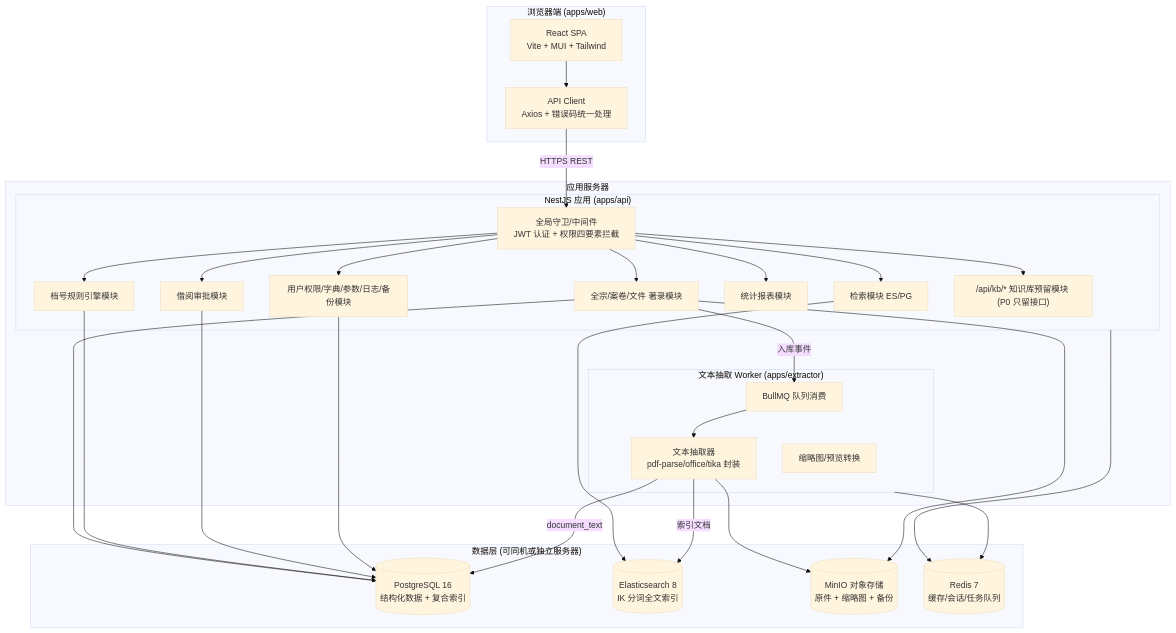
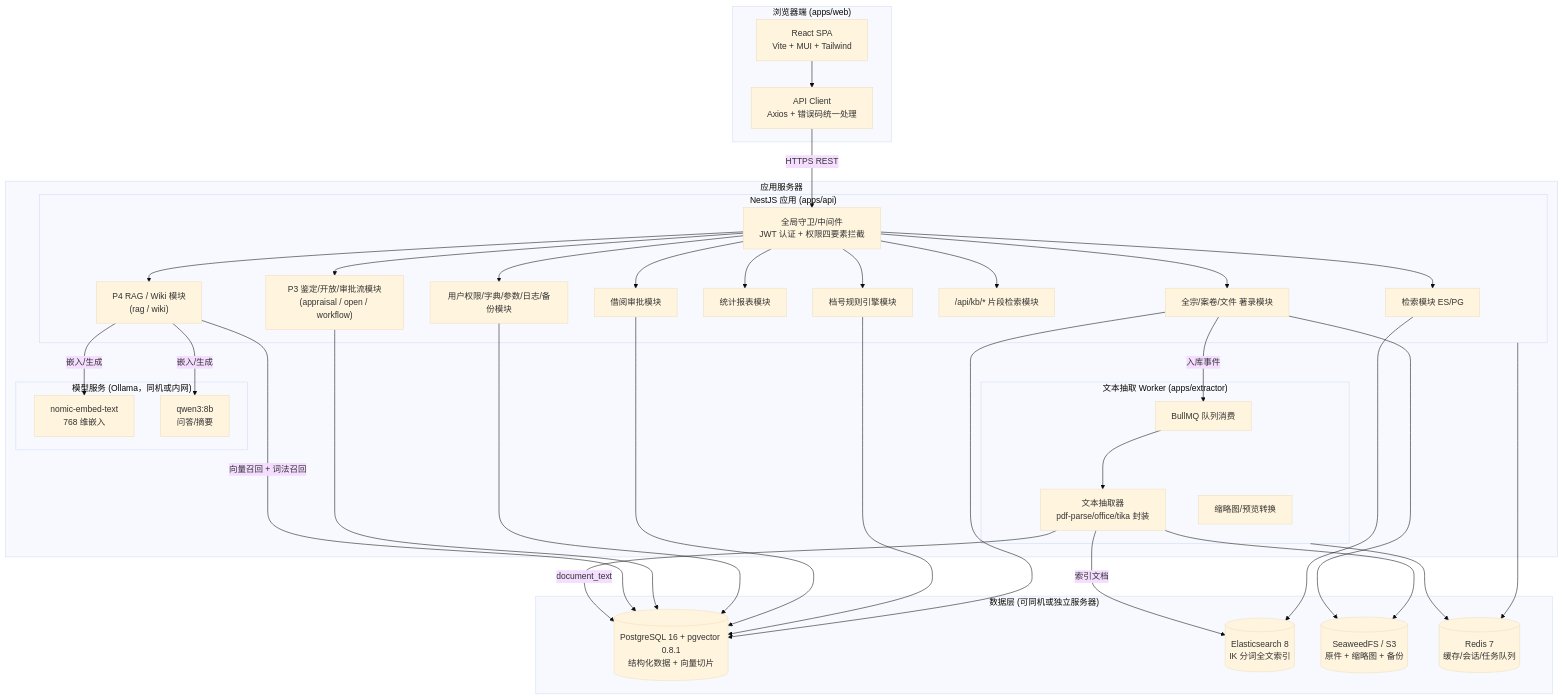
One commit to laowangtou457/TianjiArchive changed the first of 7 diagrams in docs/系统架构设计.md. Above: the diagram before and after it, drawn with Mermaid (base theme). The commit also changed other lines of this file and 12 other files, not shown here.

````diff
--- a/docs/系统架构设计.md
+++ b/docs/系统架构设计.md
@@ -12,44 +12,52 @@
 ```mermaid
 flowchart TB
     subgraph Client["浏览器端 (apps/web)"]
         UI[React SPA<br/>Vite + MUI + Tailwind]
         SDK[API Client<br/>Axios + 错误码统一处理]
     end
 
     subgraph AppServer["应用服务器"]
         subgraph API["NestJS 应用 (apps/api)"]
             GW[全局守卫/中间件<br/>JWT 认证 + 权限四要素拦截]
             MOD1[全宗/案卷/文件 著录模块]
             MOD2[档号规则引擎模块]
             MOD3[检索模块 ES/PG]
             MOD4[借阅审批模块]
             MOD5[统计报表模块]
             MOD6[用户权限/字典/参数/日志/备份模块]
-            MOD7["/api/kb/* 知识库预留模块 (P0 只留接口)"]
+            MOD7["/api/kb/* 片段检索模块"]
+            MOD8["P3 鉴定/开放/审批流模块<br/>(appraisal / open / workflow)"]
+            MOD9["P4 RAG / Wiki 模块<br/>(rag / wiki)"]
         end
         subgraph Worker["文本抽取 Worker (apps/extractor)"]
             Q[BullMQ 队列消费]
             EXT[文本抽取器<br/>pdf-parse/office/tika 封装]
             THUMB[缩略图/预览转换]
         end
+        subgraph AI["模型服务 (Ollama，同机或内网)"]
+            EMB[nomic-embed-text<br/>768 维嵌入]
+            LLM[qwen3:8b<br/>问答/摘要]
+        end
     end
 
     subgraph DataServer["数据层 (可同机或独立服务器)"]
-        PG[(PostgreSQL 16<br/>结构化数据 + 复合索引)]
+        PG[(PostgreSQL 16 + pgvector 0.8.1<br/>结构化数据 + 向量切片)]
         ES[(Elasticsearch 8<br/>IK 分词全文索引)]
-        MINIO[(MinIO 对象存储<br/>原件 + 缩略图 + 备份)]
+        MINIO[(SeaweedFS / S3<br/>原件 + 缩略图 + 备份)]
         REDIS[(Redis 7<br/>缓存/会话/任务队列)]
     end
 
     UI --> SDK -->|HTTPS REST| GW
-    GW --> MOD1 & MOD2 & MOD3 & MOD4 & MOD5 & MOD6 & MOD7
-    MOD1 & MOD2 & MOD4 & MOD6 --> PG
+    GW --> MOD1 & MOD2 & MOD3 & MOD4 & MOD5 & MOD6 & MOD7 & MOD8 & MOD9
+    MOD1 & MOD2 & MOD4 & MOD6 & MOD8 --> PG
     MOD3 --> ES
+    MOD9 -->|向量召回 + 词法召回| PG
+    MOD9 -->|嵌入/生成| EMB & LLM
     MOD1 -->|入库事件| Q
     Q --> EXT --> MINIO
     EXT -->|document_text| PG
     EXT -->|索引文档| ES
     MOD1 --> MINIO
     API --> REDIS
     Worker --> REDIS
 ```
````
